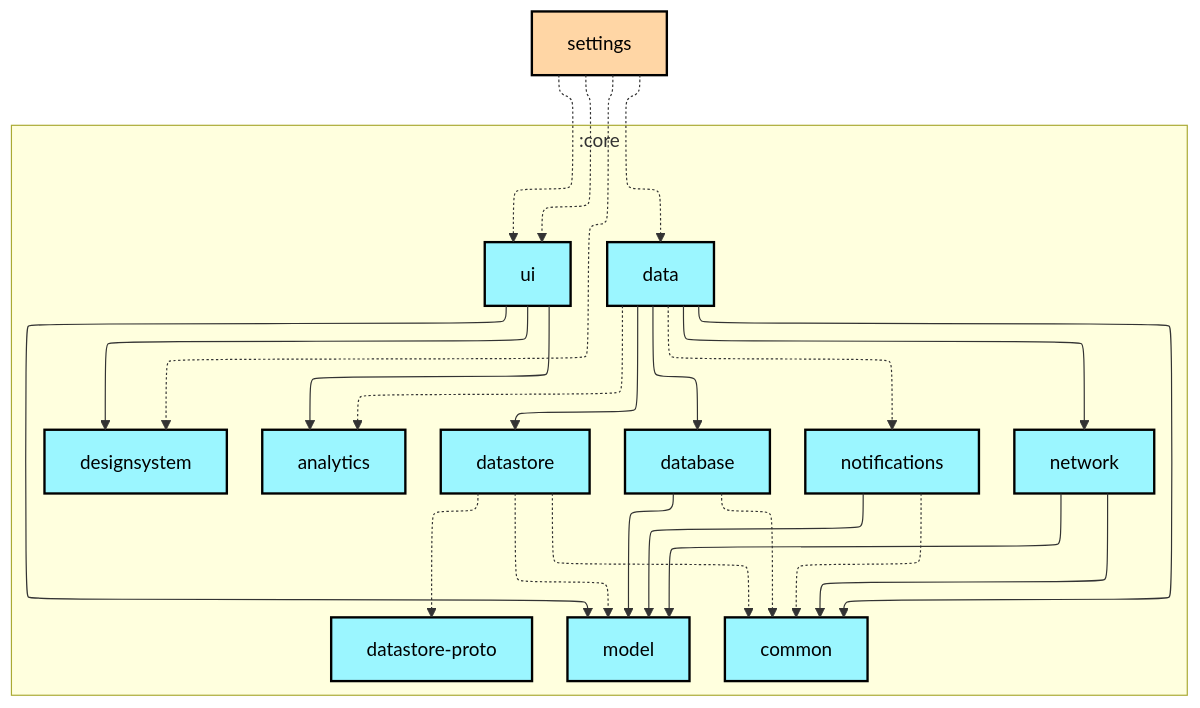
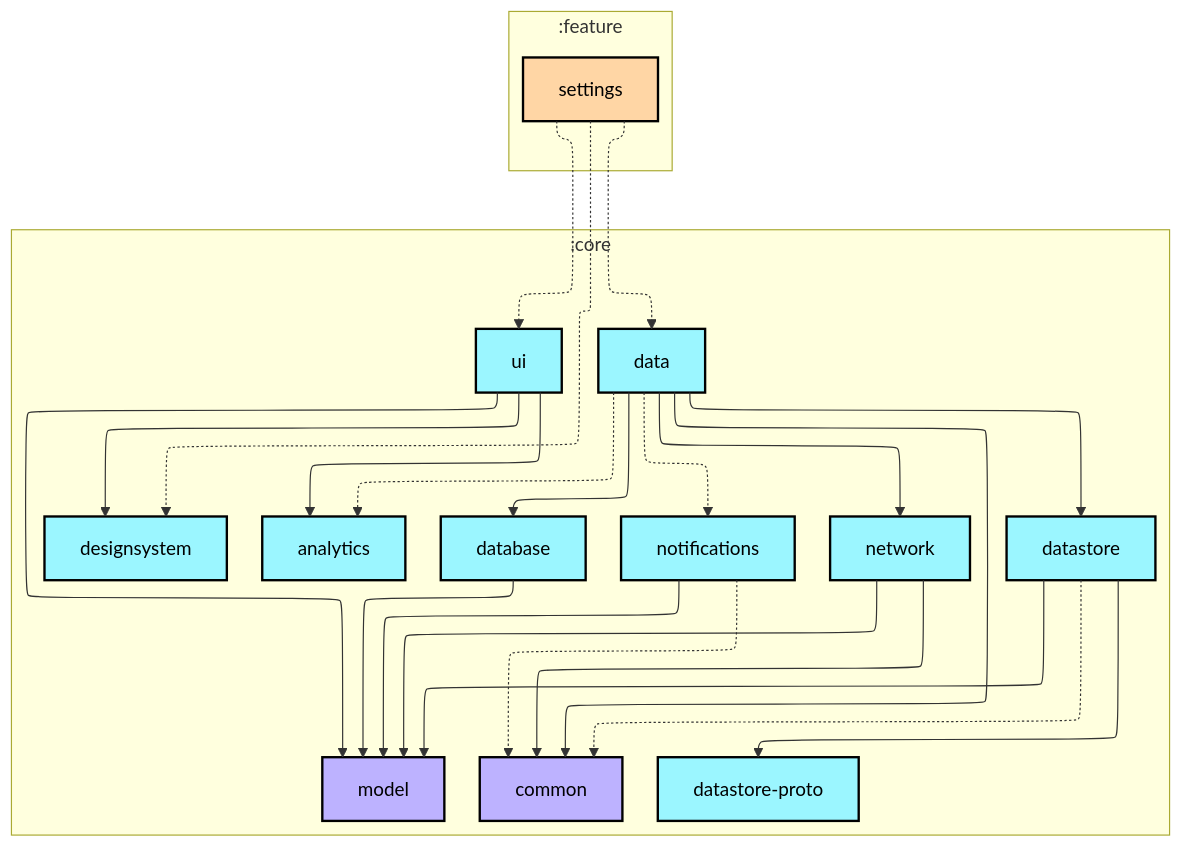
The first of 2 diagrams in feature/settings/README.md (lihenggui/nowinkmp), drawn with Mermaid before and after one commit. The commit also changed other lines of this file and 26 other files, not shown here.

First line of the commit message:
Revert "Updates module graphs"

````diff
--- a/feature/settings/README.md
+++ b/feature/settings/README.md
@@ -6,54 +6,55 @@
 ```mermaid
 ---
 config:
   layout: elk
   elk:
     nodePlacementStrategy: SIMPLE
 ---
 graph TB
   subgraph :core
     direction TB
-    :core:analytics[analytics]:::kmp-library
-    :core:common[common]:::kmp-library
-    :core:data[data]:::kmp-library
-    :core:database[database]:::kmp-library
-    :core:datastore[datastore]:::kmp-library
-    :core:datastore-proto[datastore-proto]:::kmp-library
-    :core:designsystem[designsystem]:::kmp-library
-    :core:model[model]:::kmp-library
-    :core:network[network]:::kmp-library
-    :core:notifications[notifications]:::kmp-library
-    :core:ui[ui]:::kmp-library
+    :core:analytics[analytics]:::android-library
+    :core:common[common]:::jvm-library
+    :core:data[data]:::android-library
+    :core:database[database]:::android-library
+    :core:datastore[datastore]:::android-library
+    :core:datastore-proto[datastore-proto]:::android-library
+    :core:designsystem[designsystem]:::android-library
+    :core:model[model]:::jvm-library
+    :core:network[network]:::android-library
+    :core:notifications[notifications]:::android-library
+    :core:ui[ui]:::android-library
   end
-  :feature:settings[settings]:::cmp-feature
+  subgraph :feature
+    direction TB
+    :feature:settings[settings]:::android-feature
+  end
 
   :core:data -.-> :core:analytics
   :core:data --> :core:common
   :core:data --> :core:database
   :core:data --> :core:datastore
   :core:data --> :core:network
   :core:data -.-> :core:notifications
-  :core:database -.-> :core:common
   :core:database --> :core:model
   :core:datastore -.-> :core:common
-  :core:datastore -.-> :core:datastore-proto
-  :core:datastore -.-> :core:model
+  :core:datastore --> :core:datastore-proto
+  :core:datastore --> :core:model
   :core:network --> :core:common
   :core:network --> :core:model
   :core:notifications -.-> :core:common
   :core:notifications --> :core:model
   :core:ui --> :core:analytics
   :core:ui --> :core:designsystem
   :core:ui --> :core:model
   :feature:settings -.-> :core:data
   :feature:settings -.-> :core:designsystem
   :feature:settings -.-> :core:ui
-  :feature:settings -.-> :core:ui
 
-classDef cmp-application fill:#CAFFBF,stroke:#000,stroke-width:2px,color:#000;
-classDef cmp-feature fill:#FFD6A5,stroke:#000,stroke-width:2px,color:#000;
-classDef kmp-library fill:#9BF6FF,stroke:#000,stroke-width:2px,color:#000;
+classDef android-application fill:#CAFFBF,stroke:#000,stroke-width:2px,color:#000;
+classDef android-feature fill:#FFD6A5,stroke:#000,stroke-width:2px,color:#000;
+classDef android-library fill:#9BF6FF,stroke:#000,stroke-width:2px,color:#000;
+classDef android-test fill:#A0C4FF,stroke:#000,stroke-width:2px,color:#000;
 classDef jvm-library fill:#BDB2FF,stroke:#000,stroke-width:2px,color:#000;
-classDef android-test fill:#A0C4FF,stroke:#000,stroke-width:2px,color:#000;
 classDef unknown fill:#FFADAD,stroke:#000,stroke-width:2px,color:#000;
 ```
````
